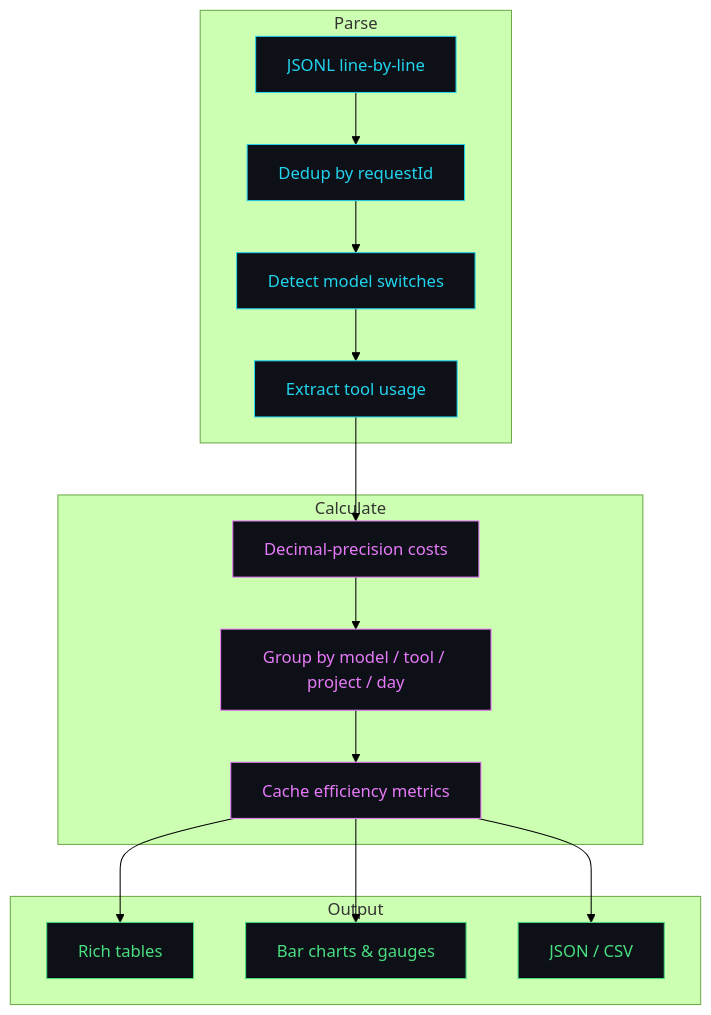
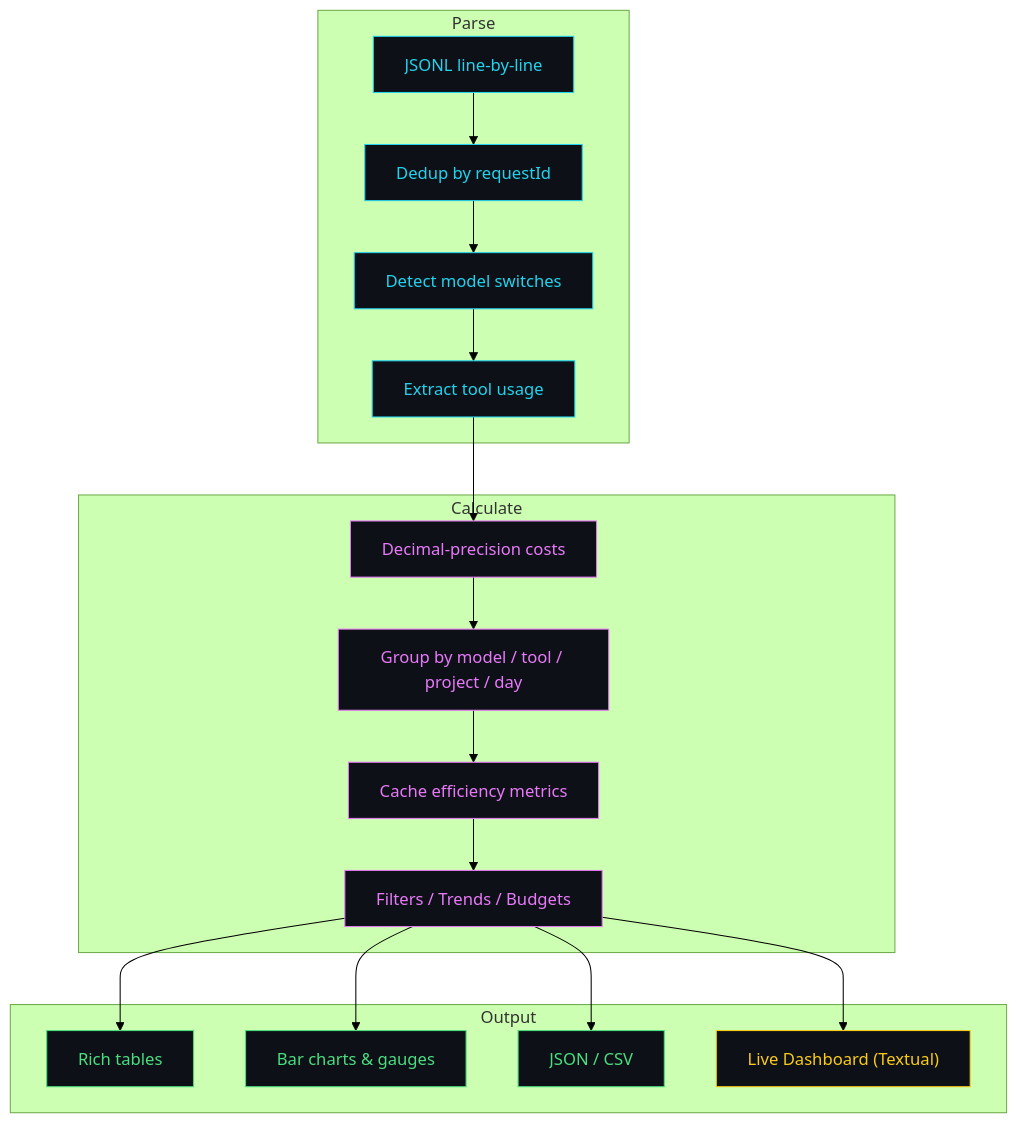
The second of 3 diagrams in README.md (MinaSaad1/parsimony), drawn with Mermaid (forest theme) before and after one commit. The commit also changed other lines of this file, not shown here.

````diff
--- a/README.md
+++ b/README.md
@@ -118,31 +209,35 @@
 ```mermaid
 graph TD
     subgraph Parse
         A["JSONL line-by-line"] --> B["Dedup by requestId"]
         B --> C["Detect model switches"]
         C --> D["Extract tool usage"]
     end
 
     subgraph Calculate
         D --> E["Decimal-precision costs"]
         E --> F["Group by model / tool / project / day"]
         F --> G["Cache efficiency metrics"]
+        G --> G2["Filters / Trends / Budgets"]
     end
 
     subgraph Output
-        G --> H["Rich tables"]
-        G --> I["Bar charts & gauges"]
-        G --> J["JSON / CSV"]
+        G2 --> H["Rich tables"]
+        G2 --> I["Bar charts & gauges"]
+        G2 --> J["JSON / CSV"]
+        G2 --> K["Live Dashboard (Textual)"]
     end
 
     style A fill:#0d1117,stroke:#22d3ee,color:#22d3ee
     style B fill:#0d1117,stroke:#22d3ee,color:#22d3ee
     style C fill:#0d1117,stroke:#22d3ee,color:#22d3ee
     style D fill:#0d1117,stroke:#22d3ee,color:#22d3ee
     style E fill:#0d1117,stroke:#e879f9,color:#e879f9
     style F fill:#0d1117,stroke:#e879f9,color:#e879f9
     style G fill:#0d1117,stroke:#e879f9,color:#e879f9
+    style G2 fill:#0d1117,stroke:#e879f9,color:#e879f9
     style H fill:#0d1117,stroke:#4ade80,color:#4ade80
     style I fill:#0d1117,stroke:#4ade80,color:#4ade80
     style J fill:#0d1117,stroke:#4ade80,color:#4ade80
+    style K fill:#0d1117,stroke:#facc15,color:#facc15
 ```
````
